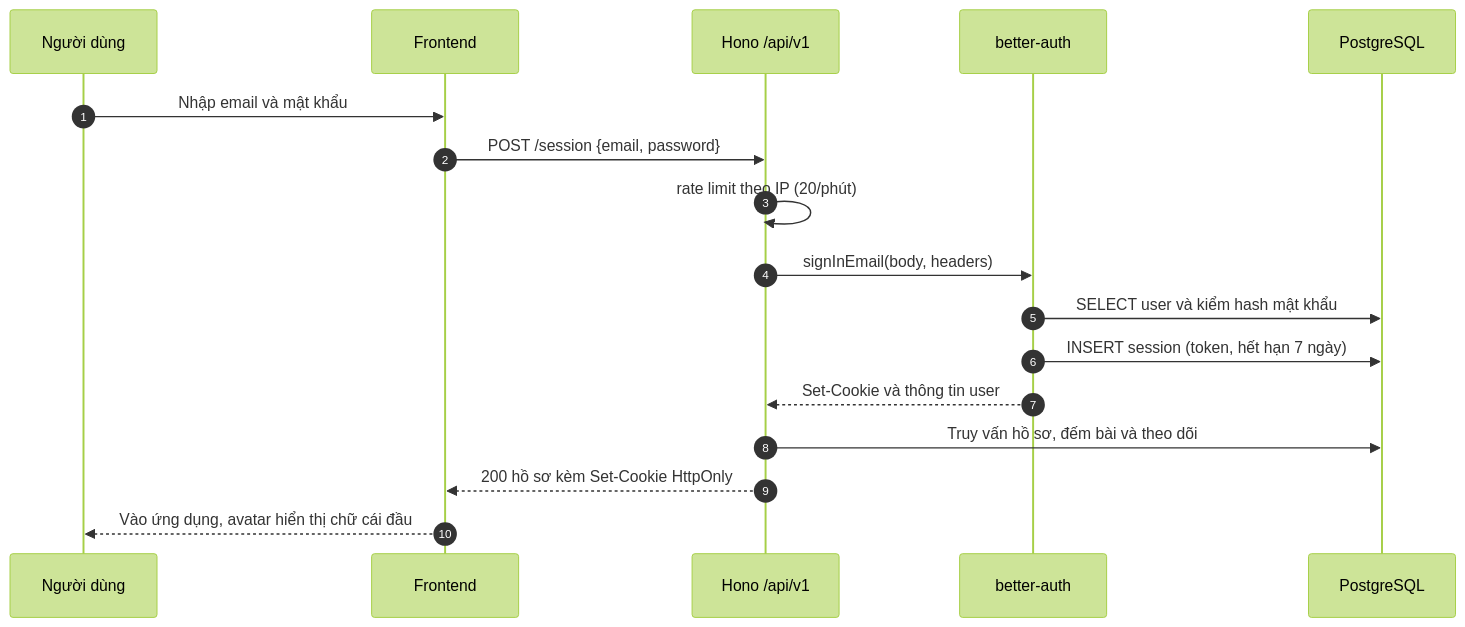
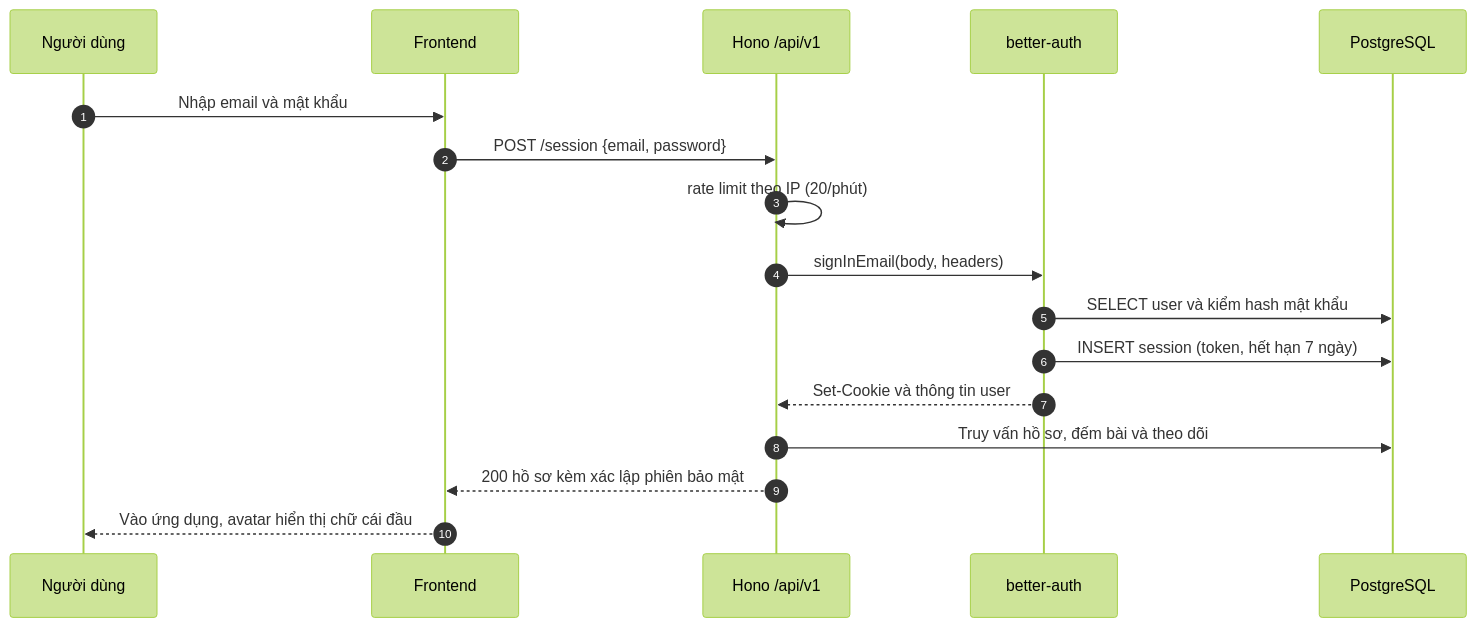
Before and after one commit to longqt321/Rendez-PBL6: the seventh of 14 diagrams in docs/bao-cao/BAO-CAO-DO-AN.md, drawn with Mermaid (forest theme). The commit also changed other lines of this file, not shown here.

````diff
--- a/docs/bao-cao/BAO-CAO-DO-AN.md
+++ b/docs/bao-cao/BAO-CAO-DO-AN.md
@@ -528,20 +503,20 @@
 ```mermaid
 sequenceDiagram
   autonumber
   participant U as Người dùng
   participant FE as Frontend
   participant API as Hono /api/v1
   participant BA as better-auth
   participant DB as PostgreSQL
 
   U->>FE: Nhập email và mật khẩu
   FE->>API: POST /session {email, password}
   API->>API: rate limit theo IP (20/phút)
   API->>BA: signInEmail(body, headers)
   BA->>DB: SELECT user và kiểm hash mật khẩu
   BA->>DB: INSERT session (token, hết hạn 7 ngày)
   BA-->>API: Set-Cookie và thông tin user
   API->>DB: Truy vấn hồ sơ, đếm bài và theo dõi
-  API-->>FE: 200 hồ sơ kèm Set-Cookie HttpOnly
+  API-->>FE: 200 hồ sơ kèm xác lập phiên bảo mật
   FE-->>U: Vào ứng dụng, avatar hiển thị chữ cái đầu
 ```
````
